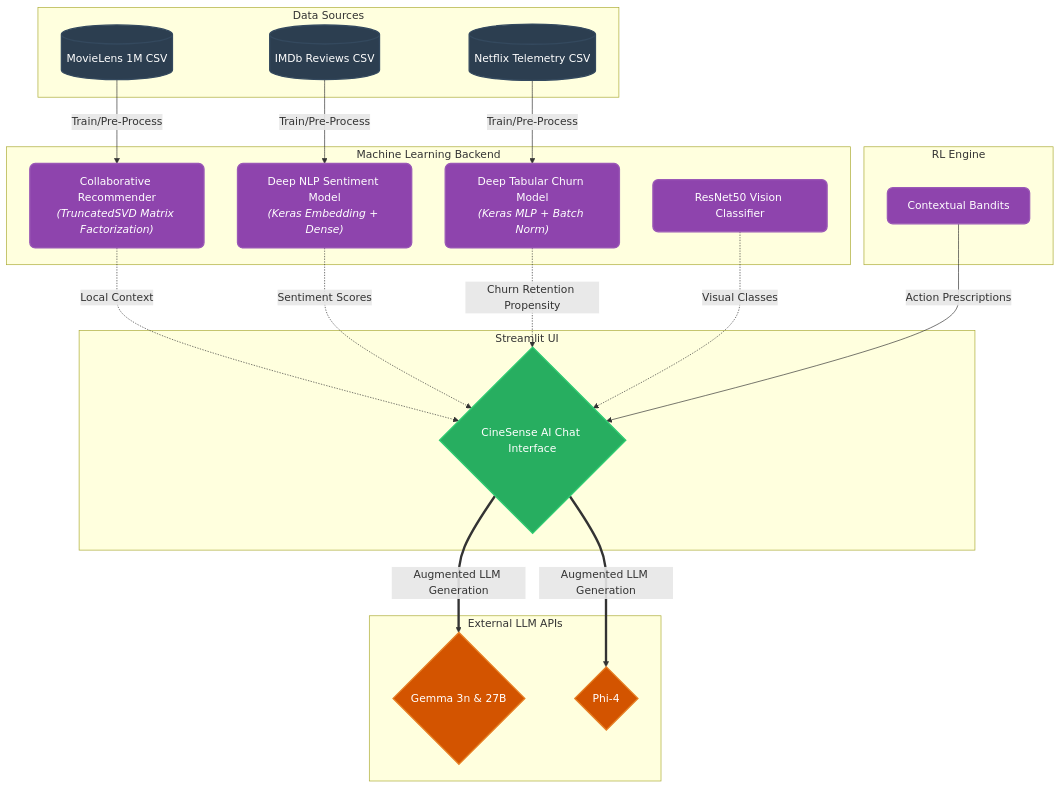
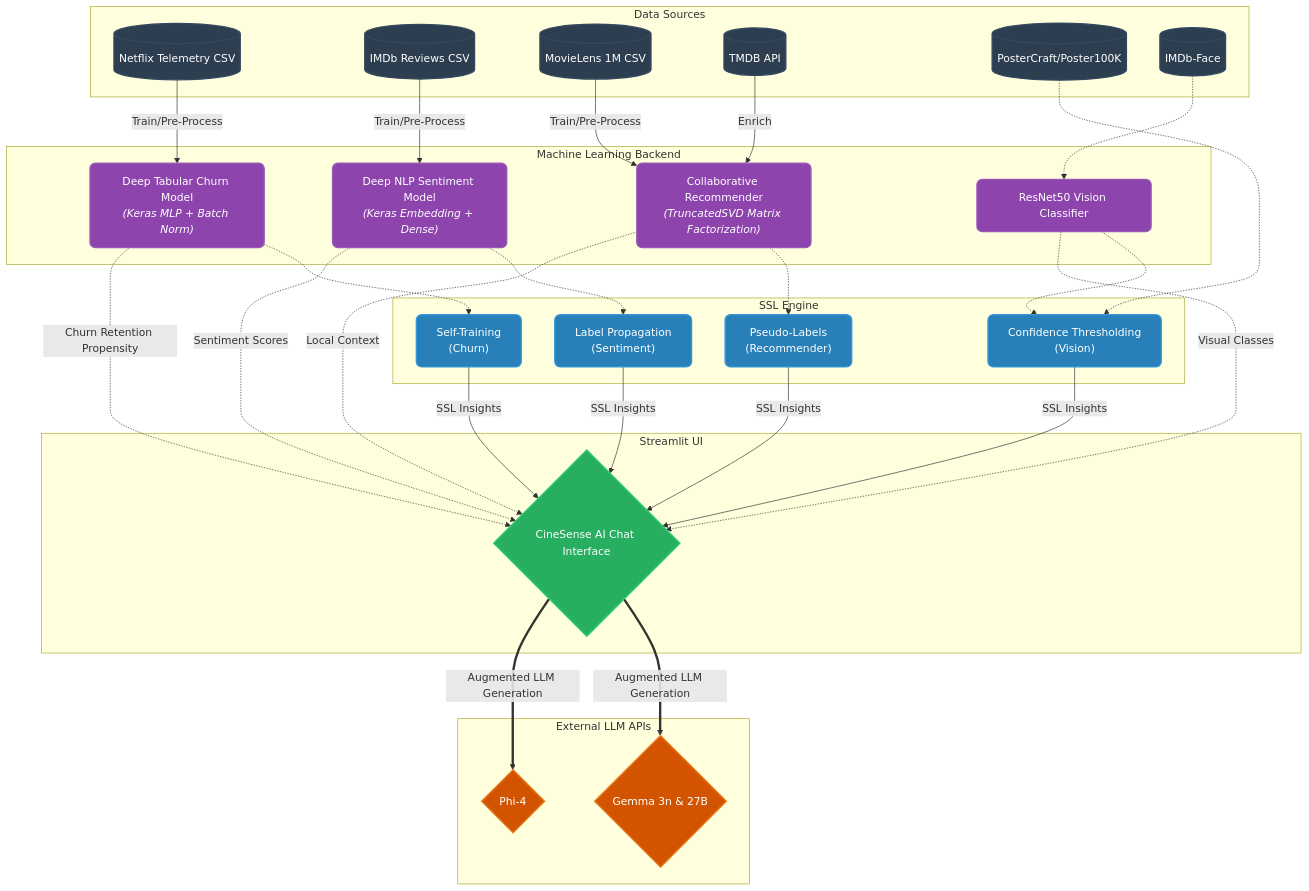
One commit to VivekDave007/CineSenseAI changed the diagram in README.md. Above: the diagram before and after it, drawn with Mermaid. The commit also changed other lines of this file and 18 other files, not shown here.

````diff
--- a/README.md
+++ b/README.md
@@ -22,55 +33,74 @@
 ```mermaid
 graph TD
     %% Custom Styling
     classDef data fill:#2C3E50,stroke:#34495E,stroke-width:2px,color:#fff,rx:8px,ry:8px;
     classDef model fill:#8E44AD,stroke:#9B59B6,stroke-width:2px,color:#fff,rx:8px,ry:8px;
     classDef llm fill:#D35400,stroke:#E67E22,stroke-width:2px,color:#fff,rx:15px,ry:15px;
     classDef ui fill:#27AE60,stroke:#2ECC71,stroke-width:2px,color:#fff,rx:15px,ry:15px;
+    classDef ssl fill:#2980B9,stroke:#3498DB,stroke-width:2px,color:#fff,rx:8px,ry:8px;
 
     %% Define Sources
     subgraph Data Sources
         DS1[("Netflix Telemetry CSV")]:::data
         DS2[("IMDb Reviews CSV")]:::data
         DS3[("MovieLens 1M CSV")]:::data
+        DS4[("TMDB API")]:::data
+        DS5[("PosterCraft/Poster100K")]:::data
+        DS6[("IMDb-Face")]:::data
     end
 
     %% Define ML Backend Models
     subgraph Machine Learning Backend
         ML1["Deep Tabular Churn Model<br><i>(Keras MLP + Batch Norm)</i>"]:::model
         ML2["Deep NLP Sentiment Model<br><i>(Keras Embedding + Dense)</i>"]:::model
         ML3["Collaborative Recommender<br><i>(TruncatedSVD Matrix Factorization)</i>"]:::model
         ML4["ResNet50 Vision Classifier"]:::model
     end
 
     %% Connect Sources to Models
     DS1 -->|"Train/Pre-Process"| ML1
     DS2 -->|"Train/Pre-Process"| ML2
     DS3 -->|"Train/Pre-Process"| ML3
+    DS4 -->|"Enrich"| ML3
+
+    %% Define SSL Layer
+    subgraph SSL Engine
+        SSL1["Self-Training<br>(Churn)"]:::ssl
+        SSL2["Label Propagation<br>(Sentiment)"]:::ssl
+        SSL3["Pseudo-Labels<br>(Recommender)"]:::ssl
+        SSL4["Confidence Thresholding<br>(Vision)"]:::ssl
+    end
+
+    %% Connect Models to SSL
+    ML1 -.-> SSL1
+    ML2 -.-> SSL2
+    ML3 -.-> SSL3
+    ML4 -.-> SSL4
+    DS5 -.-> SSL4
+    DS6 -.-> ML4
 
     %% Define External Fallbacks
     subgraph External LLM APIs
         LLM1{"Gemma 3n & 27B"}:::llm
         LLM2{"Phi-4"}:::llm
     end
 
     %% Define Streamlit Frontend
     subgraph Streamlit UI
         UI1{"CineSense AI Chat Interface"}:::ui
     end
 
-    %% Define RL Layer
-    subgraph RL Engine
-        RL1["Contextual Bandits"]:::model
-    end
-
-    %% Connect Models to UI via Assistant Router
+    %% Connect to UI
     ML3 -.->|"Local Context"| UI1
     ML2 -.->|"Sentiment Scores"| UI1
     ML1 -.->|"Churn Retention Propensity"| UI1
     ML4 -.->|"Visual Classes"| UI1
     
     UI1 ==>|"Augmented LLM Generation"| LLM1
     UI1 ==>|"Augmented LLM Generation"| LLM2
     
-    RL1 -->|"Action Prescriptions"| UI1
+    SSL1 -->|"SSL Insights"| UI1
+    SSL2 -->|"SSL Insights"| UI1
+    SSL3 -->|"SSL Insights"| UI1
+    SSL4 -->|"SSL Insights"| UI1
 ```
````
